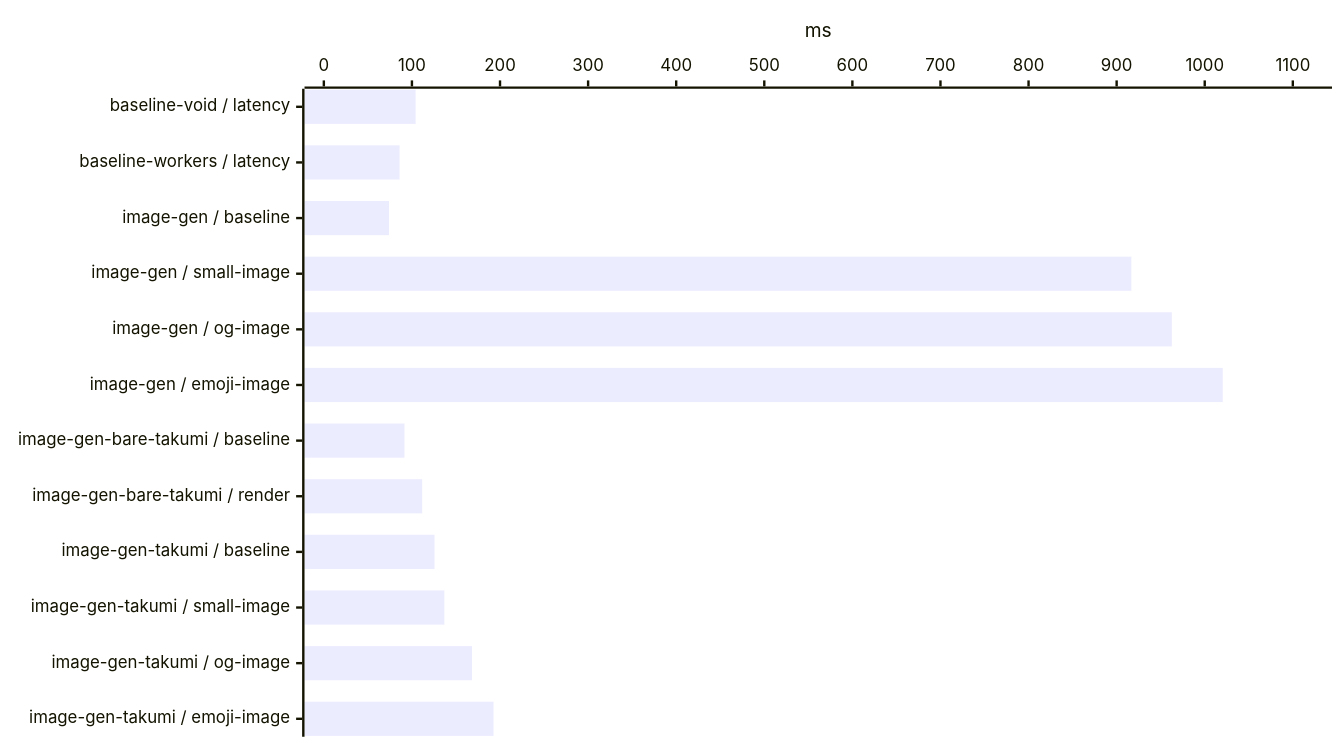
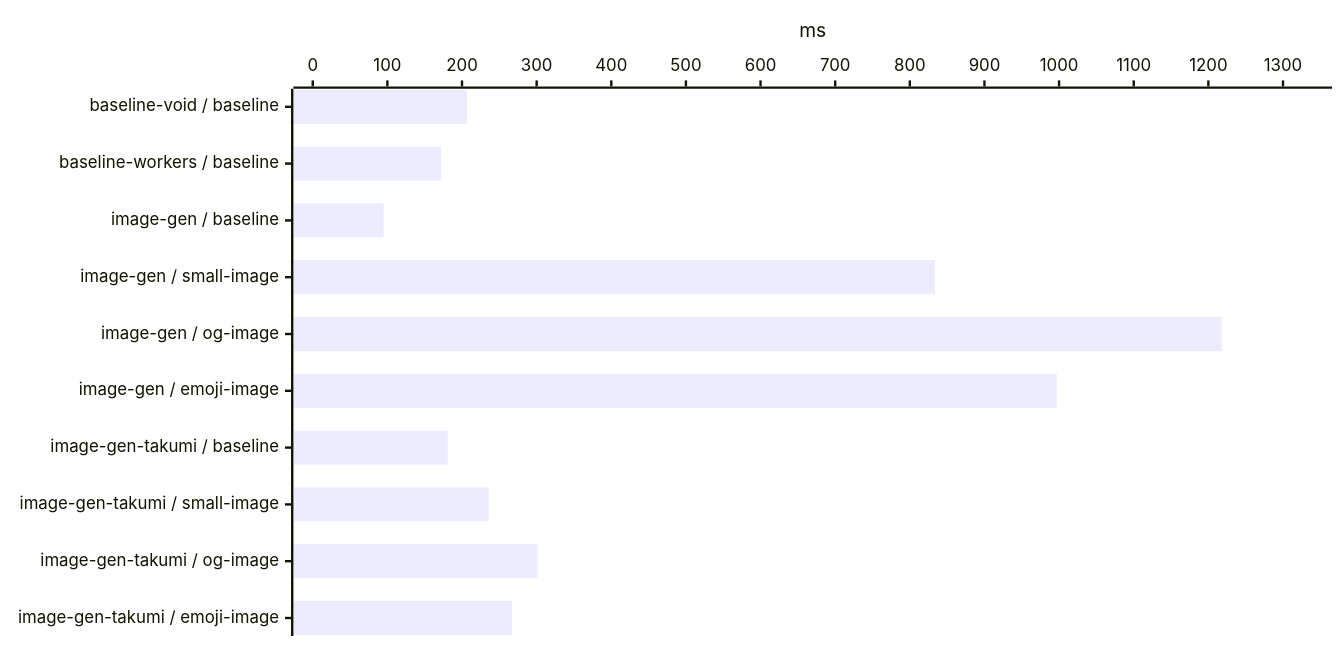
Before and after one commit to voidzero-dev/void: diagram 11 of 25 in benchmark/report.md, drawn with Mermaid. The commit also changed other lines of this file and 6 other files, not shown here.

````diff
--- a/benchmark/report.md
+++ b/benchmark/report.md
@@ -215,12 +212,12 @@
 ```mermaid
 ---
 config:
   xyChart:
     width: 1100
-    height: 604
+    height: 520
 ---
 xychart-beta horizontal
-    x-axis ["baseline-void / latency", "baseline-workers / latency", "image-gen / baseline", "image-gen / small-image", "image-gen / og-image", "image-gen / emoji-image", "image-gen-bare-takumi / baseline", "image-gen-bare-takumi / render", "image-gen-takumi / baseline", "image-gen-takumi / small-image", "image-gen-takumi / og-image", "image-gen-takumi / emoji-image"]
-    y-axis "ms" 0 --> 1122.5478
-    bar [104.19998, 85.975953, 74.019915, 916.74713, 962.67597, 1020.498, 91.509532, 111.6145, 125.64489, 136.81833, 168.15415, 192.63237]
+    x-axis ["baseline-void / baseline", "baseline-workers / baseline", "image-gen / baseline", "image-gen / small-image", "image-gen / og-image", "image-gen / emoji-image", "image-gen-takumi / baseline", "image-gen-takumi / small-image", "image-gen-takumi / og-image", "image-gen-takumi / emoji-image"]
+    y-axis "ms" 0 --> 1339.7924
+    bar [206.60279, 171.81784, 94.998929, 833.67638, 1217.9931, 996.84629, 180.87005, 235.85075, 301.30299, 267.00434]
 ```
````
